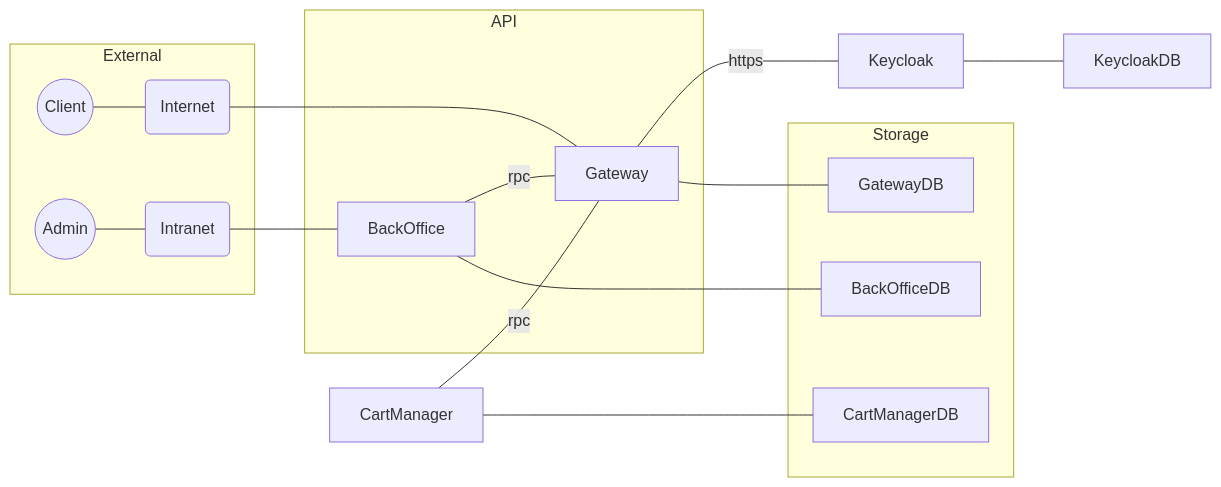
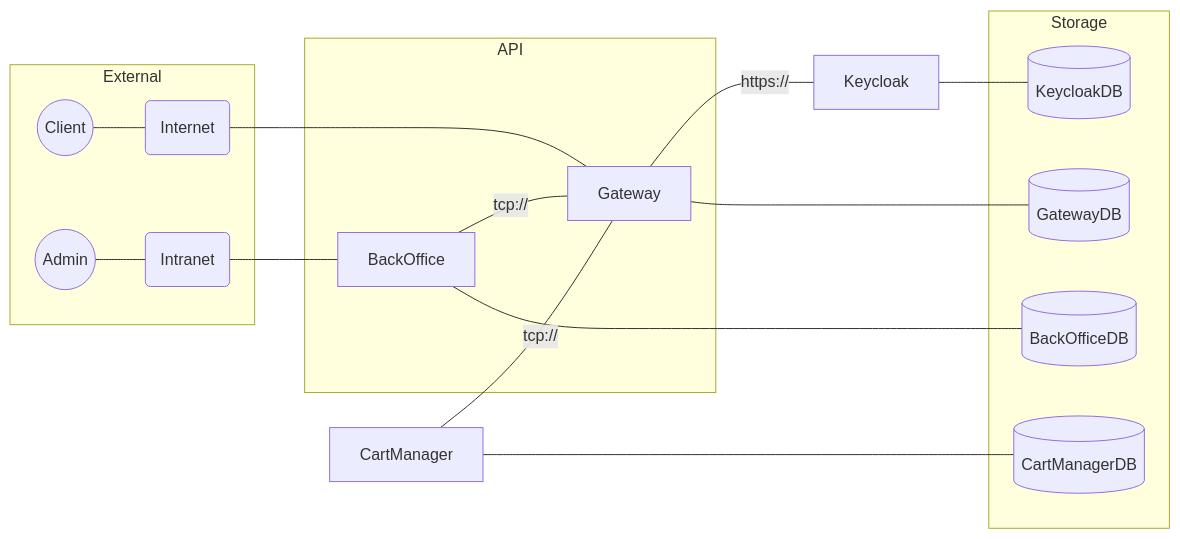
Before and after one commit to Khepu/game-shop: the diagram in README.md, drawn with Mermaid.

Commit message:
Chore: Improve architecture diagram

````diff
--- a/README.md
+++ b/README.md
@@ -5,32 +5,33 @@
 ```mermaid
 graph LR
-Gateway -- https --- Keycloak
+Gateway -- https:// --- Keycloak
 
-Keycloak --- KeycloakDB
+Keycloak --- KeycloakDB[(KeycloakDB)]
 
-CartManager -- rpc --- Gateway
-BackOffice -- rpc --- Gateway
+CartManager -- tcp:// --- Gateway
+BackOffice -- tcp:// --- Gateway
 
-BackOffice --- BackOfficeDB
-CartManager --- CartManagerDB
-Gateway --- GatewayDB
+BackOffice --- BackOfficeDB[(BackOfficeDB)]
+CartManager --- CartManagerDB[(CartManagerDB)]
+Gateway --- GatewayDB[(GatewayDB)]
 
 subgraph API
    Gateway
    BackOffice
 end
 
 subgraph External
     Client((Client)) --- Internet(Internet)
     Admin((Admin)) --- Intranet(Intranet)
 end
 
 subgraph Storage
-   CartManagerDB
-   GatewayDB
-   BackOfficeDB
+   CartManagerDB[(CartManagerDB)]
+   GatewayDB[(GatewayDB)]
+   BackOfficeDB[(BackOfficeDB)]
+   KeycloakDB[(KeycloakDB)]
 end
 
 Intranet(Intranet) --- BackOffice
 Internet(Internet) --- Gateway
 ```
````
